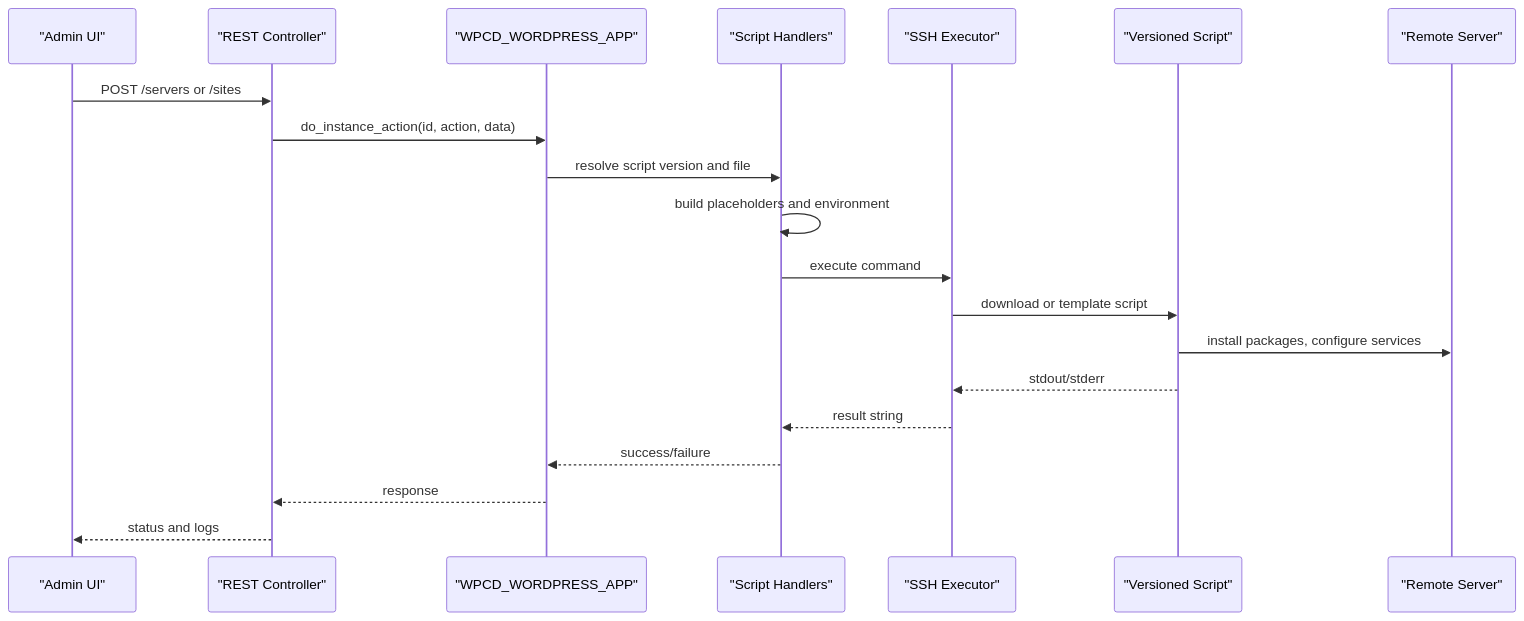
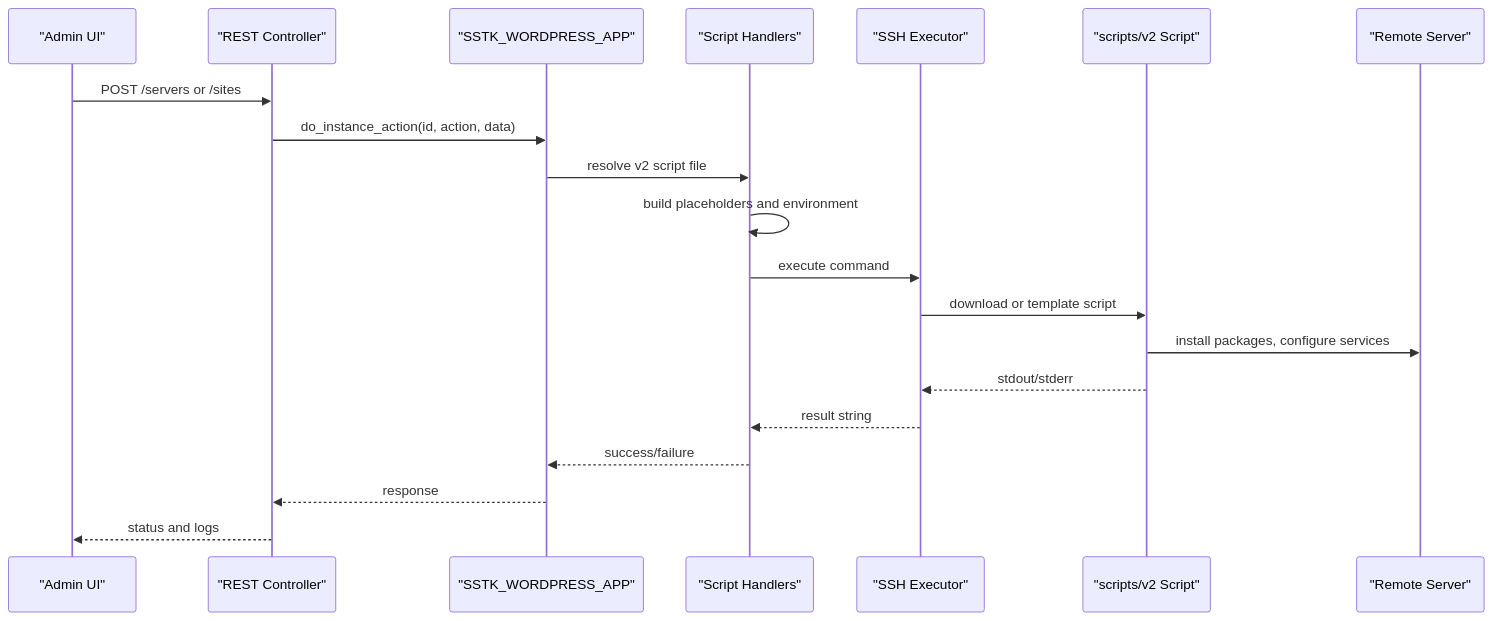
Before and after one commit to onedogsolutions/simple-stack: the third of 8 diagrams in .qoder/repowiki/en/content/WordPress Application Engine/WordPress Application Engine.md, drawn with Mermaid. The commit also changed other lines of this file and 5941 other files, not shown here.

````diff
--- a/.qoder/repowiki/en/content/WordPress Application Engine/WordPress Application Engine.md
+++ b/.qoder/repowiki/en/content/WordPress Application Engine/WordPress Application Engine.md
@@ -145,22 +145,22 @@
 ```mermaid
 sequenceDiagram
 participant Admin as "Admin UI"
 participant REST as "REST Controller"
-participant App as "WPCD_WORDPRESS_APP"
+participant App as "SSTK_WORDPRESS_APP"
 participant Handler as "Script Handlers"
 participant SSH as "SSH Executor"
-participant Script as "Versioned Script"
+participant Script as "scripts/v2 Script"
 participant Remote as "Remote Server"
 Admin->>REST : POST /servers or /sites
 REST->>App : do_instance_action(id, action, data)
-App->>Handler : resolve script version and file
+App->>Handler : resolve v2 script file
 Handler->>Handler : build placeholders and environment
 Handler->>SSH : execute command
 SSH->>Script : download or template script
 Script->>Remote : install packages, configure services
 Script-->>SSH : stdout/stderr
 SSH-->>Handler : result string
 Handler-->>App : success/failure
 App-->>REST : response
 REST-->>Admin : status and logs
 ```
````
